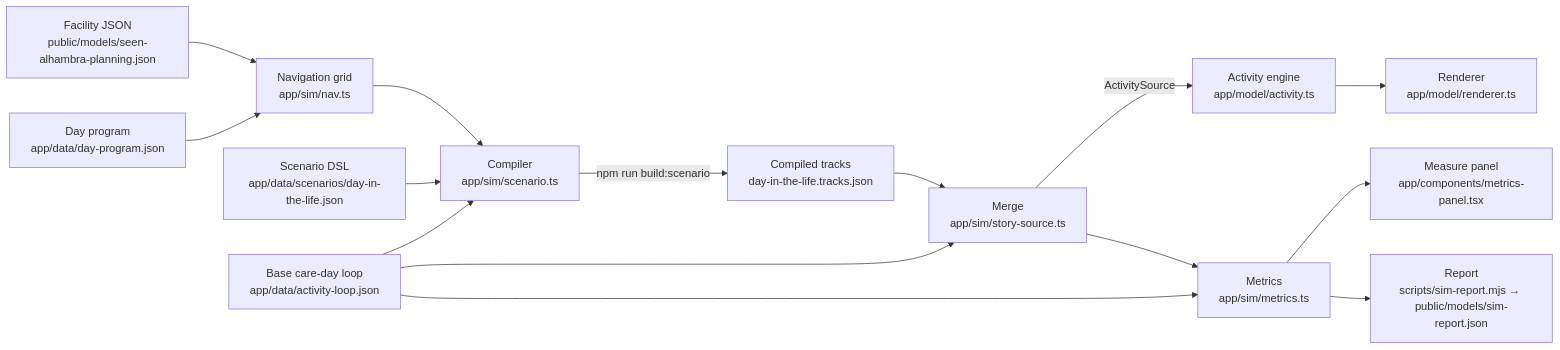
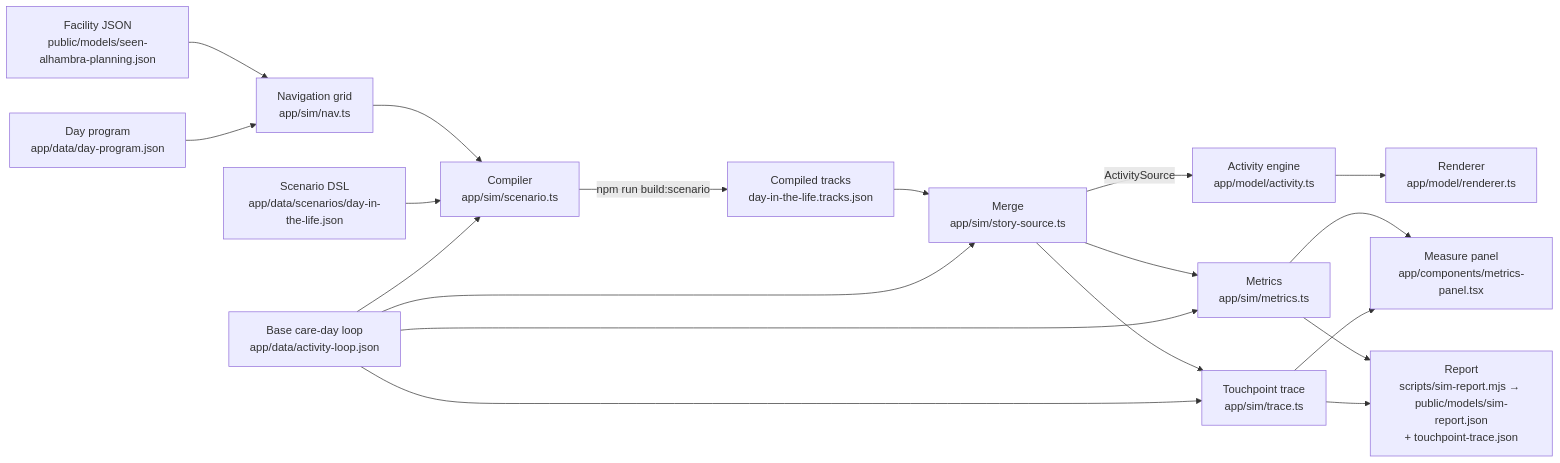
Before and after one commit to seenhealth/seen-health-facility: the diagram in docs/SIMULATION.md, drawn with Mermaid. The commit also changed other lines of this file and 3 other files, not shown here.

First line of the commit message:
Add a Trace tab to the Measure panel and document the touchpoint trace

````diff
--- a/docs/SIMULATION.md
+++ b/docs/SIMULATION.md
@@ -13,31 +13,36 @@
 ```mermaid
 flowchart LR
   F[Facility JSON<br/>public/models/seen-alhambra-planning.json]
   P[Day program<br/>app/data/day-program.json]
   N[Navigation grid<br/>app/sim/nav.ts]
   S[Scenario DSL<br/>app/data/scenarios/day-in-the-life.json]
   B[Base care-day loop<br/>app/data/activity-loop.json]
   C[Compiler<br/>app/sim/scenario.ts]
   T[Compiled tracks<br/>day-in-the-life.tracks.json]
   M[Merge<br/>app/sim/story-source.ts]
   E[Activity engine<br/>app/model/activity.ts]
   R[Renderer<br/>app/model/renderer.ts]
   X[Metrics<br/>app/sim/metrics.ts]
+  W[Touchpoint trace<br/>app/sim/trace.ts]
   U[Measure panel<br/>app/components/metrics-panel.tsx]
-  J[Report<br/>scripts/sim-report.mjs → public/models/sim-report.json]
+  J[Report<br/>scripts/sim-report.mjs → public/models/sim-report.json<br/>+ touchpoint-trace.json]
 
   F --> N
   P --> N
   N --> C
   S --> C
   B --> C
   C -->|npm run build:scenario| T
   T --> M
   B --> M
   M -->|ActivitySource| E
   E --> R
   M --> X
   B --> X
   X --> U
   X --> J
+  M --> W
+  B --> W
+  W --> U
+  W --> J
 ```
````
